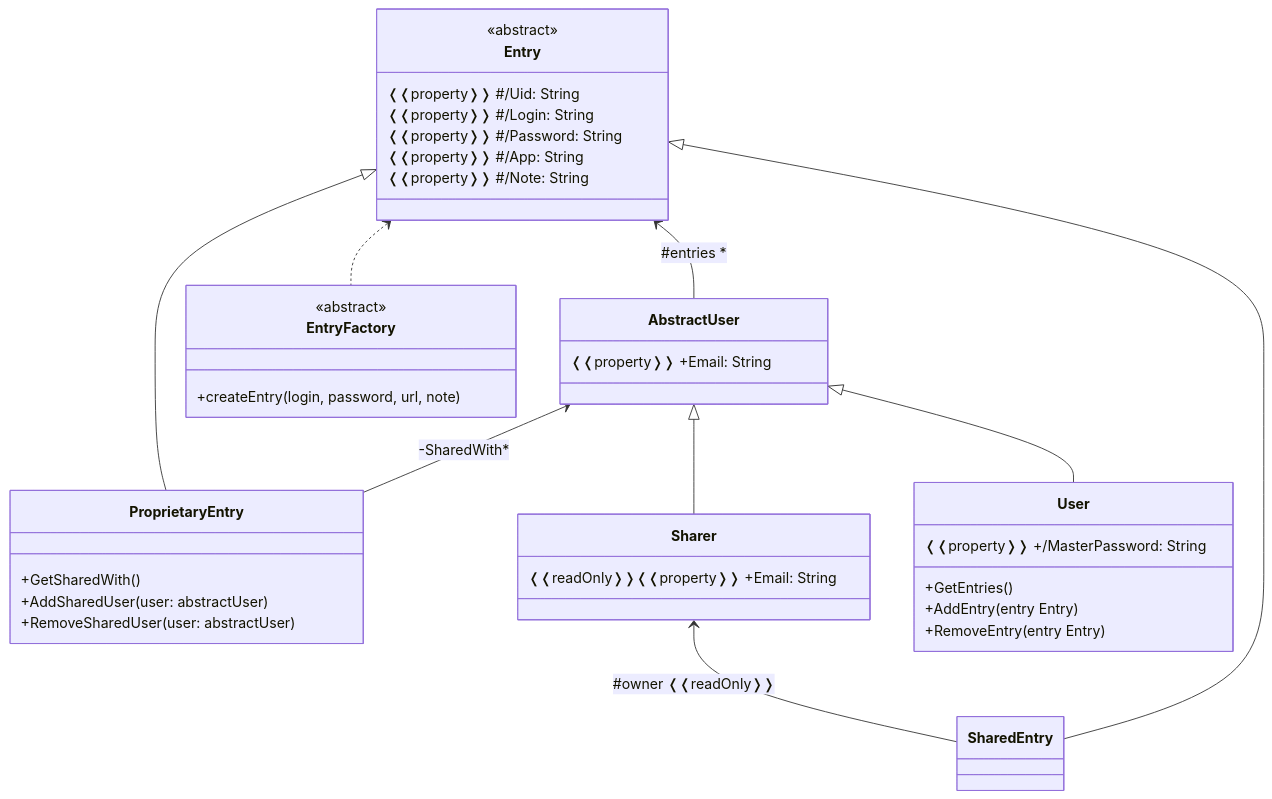
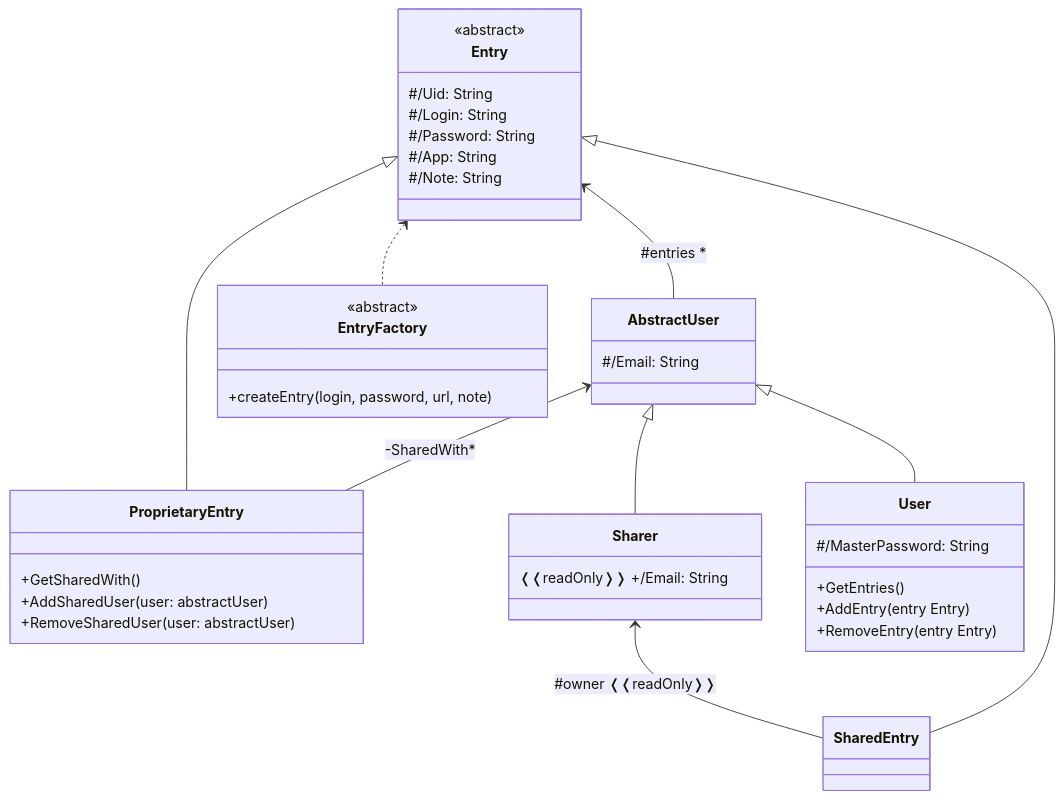
One commit to EllLG1211/Rossignol changed the first of 3 diagrams in Documentation/conception/Initial design/Class/v4.mermaid.md. Above: the diagram before and after it, drawn with Mermaid.

Commit message:
remove property and use /

````diff
--- a/Documentation/conception/Initial design/Class/v4.mermaid.md
+++ b/Documentation/conception/Initial design/Class/v4.mermaid.md
@@ -1,50 +1,50 @@
 ```mermaid
 classDiagram
 
 class Entry{
     <<abstract>>
-    ❬❬property❭❭ #/Uid: String
-    ❬❬property❭❭ #/Login: String
-    ❬❬property❭❭ #/Password: String
-    ❬❬property❭❭ #/App: String
-    ❬❬property❭❭ #/Note: String
+    #/Uid: String
+    #/Login: String
+    #/Password: String
+    #/App: String
+    #/Note: String
 }
 class AbstractUser{
-    ❬❬property❭❭ +Email: String
+    #/Email: String
 }
 Entry <-- AbstractUser :#entries *
 class ProprietaryEntry{
     +GetSharedWith()
     +AddSharedUser(user: abstractUser)
     +RemoveSharedUser(user: abstractUser)
 }
 Entry <|-- ProprietaryEntry
 AbstractUser <-- ProprietaryEntry :-SharedWith*
 class SharedEntry{
      
 }
 Sharer <-- SharedEntry :#owner ❬❬readOnly❭❭
 Entry <|-- SharedEntry
 
 %%classes that use ProprietaryEntry
 
 class User{
-    ❬❬property❭❭ +/MasterPassword: String
+    #/MasterPassword: String
 
     +GetEntries()
     +AddEntry(entry Entry)
     +RemoveEntry(entry Entry)
 }
 AbstractUser <|-- User
 
 class Sharer{
-    ❬❬readOnly❭❭❬❬property❭❭ +Email: String
+    ❬❬readOnly❭❭ +/Email: String
 }
 AbstractUser <|-- Sharer
 
 class EntryFactory{
     <<abstract>>
     +createEntry(login, password, url, note)
 }
 Entry <.. EntryFactory
 ```
````
